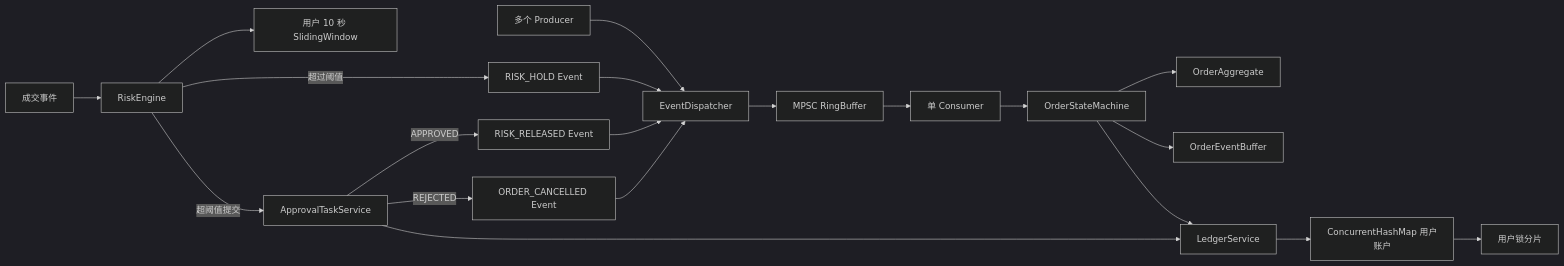
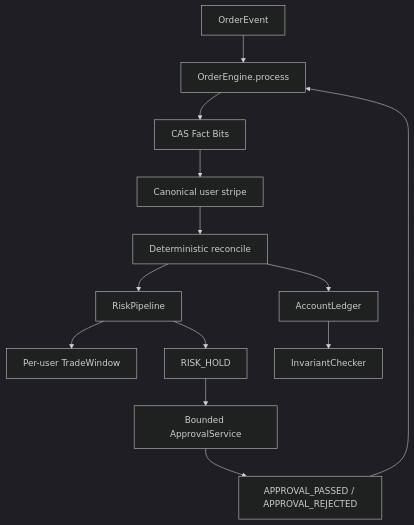
The diagram in README.md (YANSHAO0032/cex-core-engine), drawn with Mermaid (dark theme) before and after one commit. The commit also changed other lines of this file and 80 other files, not shown here.

````diff
--- a/README.md
+++ b/README.md
@@ -53,24 +32,15 @@
 ```mermaid
-flowchart LR
-    P[多个 Producer] --> D[EventDispatcher]
-    D --> R[MPSC RingBuffer]
-    R --> C[单 Consumer]
-    C --> S[OrderStateMachine]
-    S --> O[OrderAggregate]
-    S --> B[OrderEventBuffer]
-
-    T[成交事件] --> RE[RiskEngine]
-    RE --> W[用户 10 秒 SlidingWindow]
-    RE -->|超过阈值| RH[RISK_HOLD Event]
-    RH --> D
-    RE -->|超阈值提交| AT[ApprovalTaskService]
-    AT -->|APPROVED| RR[RISK_RELEASED Event]
-    AT -->|REJECTED| RC[ORDER_CANCELLED Event]
-    RR --> D
-    RC --> D
-
-    S --> L[LedgerService]
-    AT --> L
-    L --> A[ConcurrentHashMap 用户账户]
-    A --> LS[用户锁分片]
+flowchart TD
+    E[OrderEvent] --> OE[OrderEngine.process]
+    OE --> F[CAS Fact Bits]
+    F --> L[Canonical user stripe]
+    L --> R[Deterministic reconcile]
+    R --> RP[RiskPipeline]
+    R --> AL[AccountLedger]
+    RP --> TW[Per-user TradeWindow]
+    RP --> AH[RISK_HOLD]
+    AH --> AS[Bounded ApprovalService]
+    AS --> AP[APPROVAL_PASSED / APPROVAL_REJECTED]
+    AP --> OE
+    AL --> INV[InvariantChecker]
 ```
````
